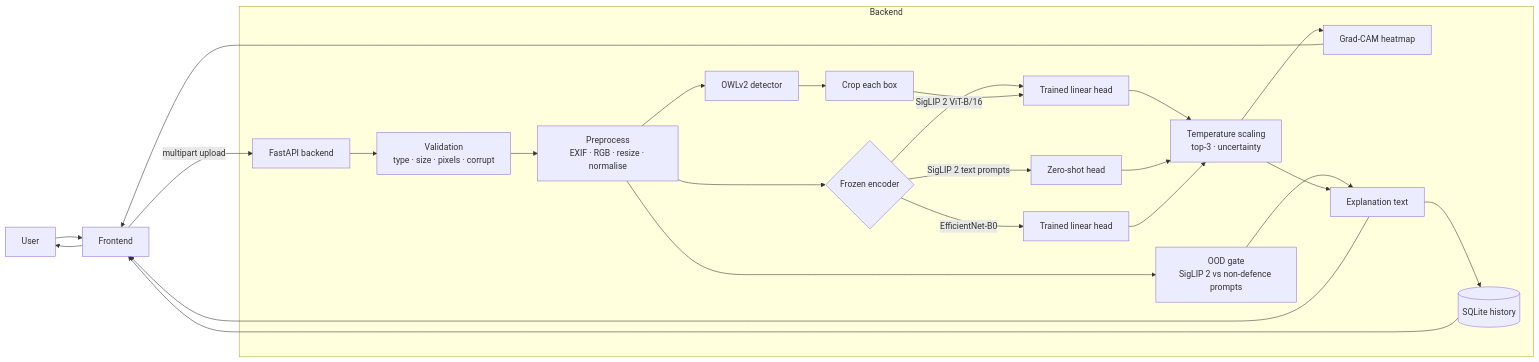
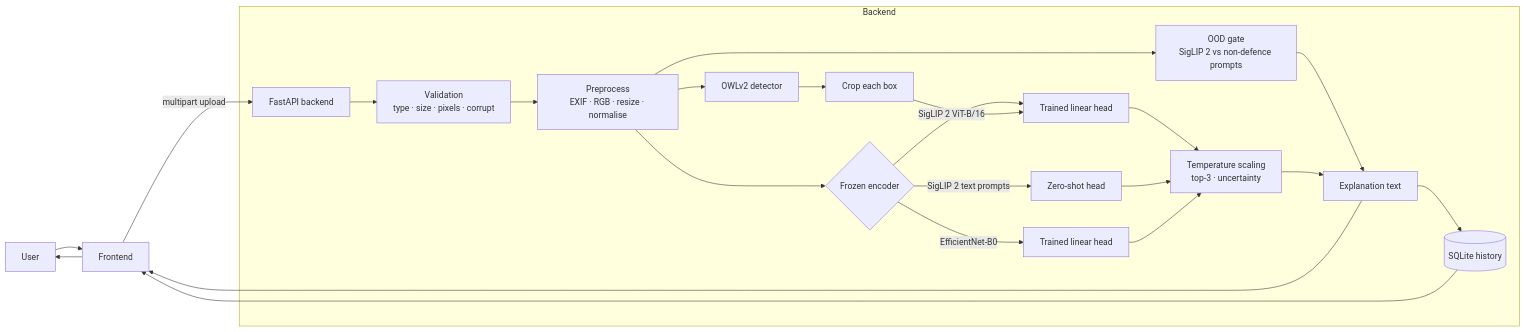
Before and after one commit to ShaunT06/astra-vision: the diagram in docs/technical-details.md, drawn with Mermaid. The commit also changed other lines of this file and 2 other files, not shown here.

````diff
--- a/docs/technical-details.md
+++ b/docs/technical-details.md
@@ -107,24 +106,22 @@
 ```mermaid
 flowchart LR
     U[User] --> FE[Frontend]
     FE -->|multipart upload| API[FastAPI backend]
     subgraph Backend
       API --> V[Validation<br/>type · size · pixels · corrupt]
       V --> P[Preprocess<br/>EXIF · RGB · resize · normalise]
       P --> ENC{Frozen encoder}
       ENC -->|SigLIP 2 ViT-B/16| H1[Trained linear head]
       ENC -->|SigLIP 2 text prompts| H2[Zero-shot head]
       ENC -->|EfficientNet-B0| H3[Trained linear head]
       H1 & H2 & H3 --> POST[Temperature scaling<br/>top-3 · uncertainty]
       P --> OOD[OOD gate<br/>SigLIP 2 vs non-defence prompts]
-      POST --> XAI[Grad-CAM heatmap]
       OOD --> EXP[Explanation text]
       POST --> EXP
       P --> DET[OWLv2 detector] --> CROP[Crop each box] --> H1
       EXP --> DB[(SQLite history)]
     end
-    XAI --> FE
     EXP --> FE
     DB --> FE
     FE --> U
 ```
````
